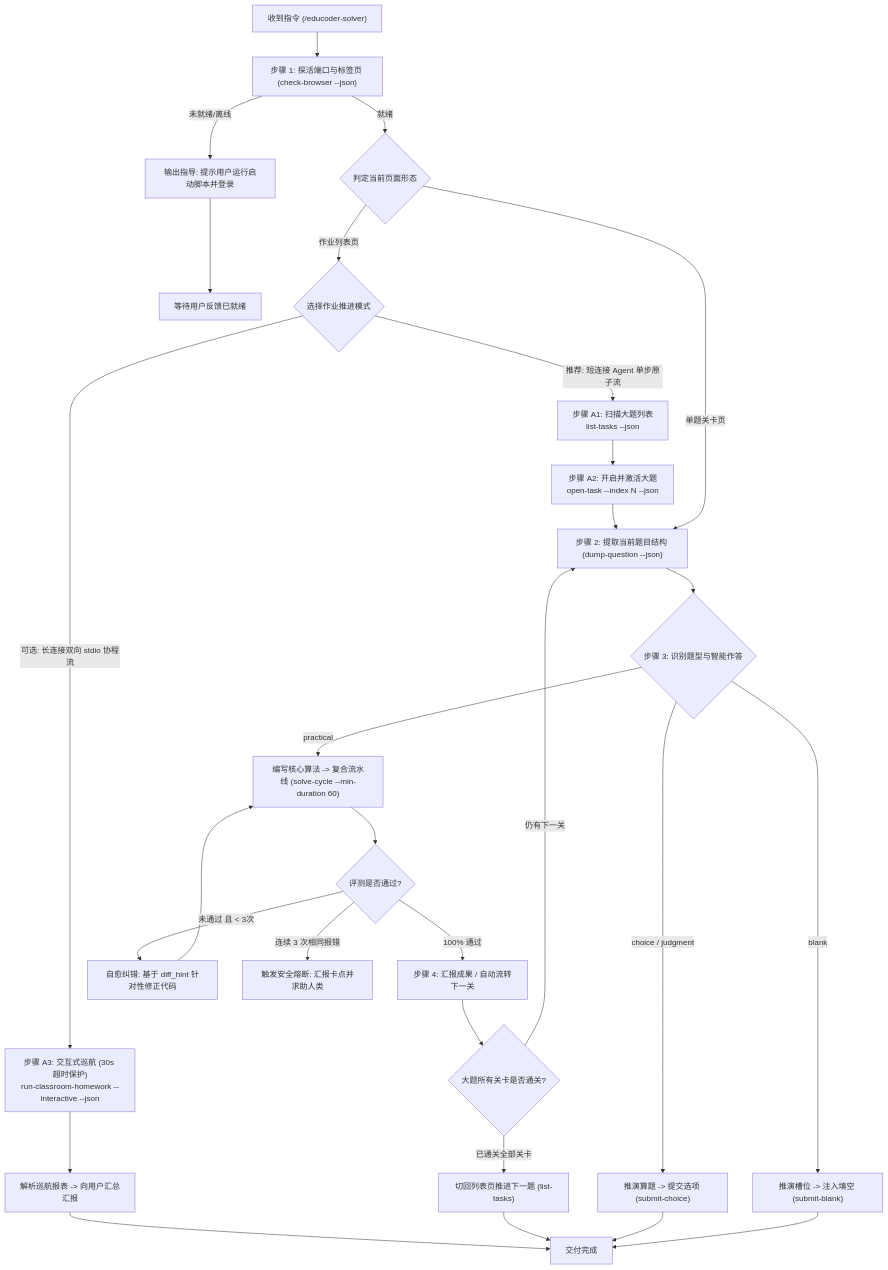
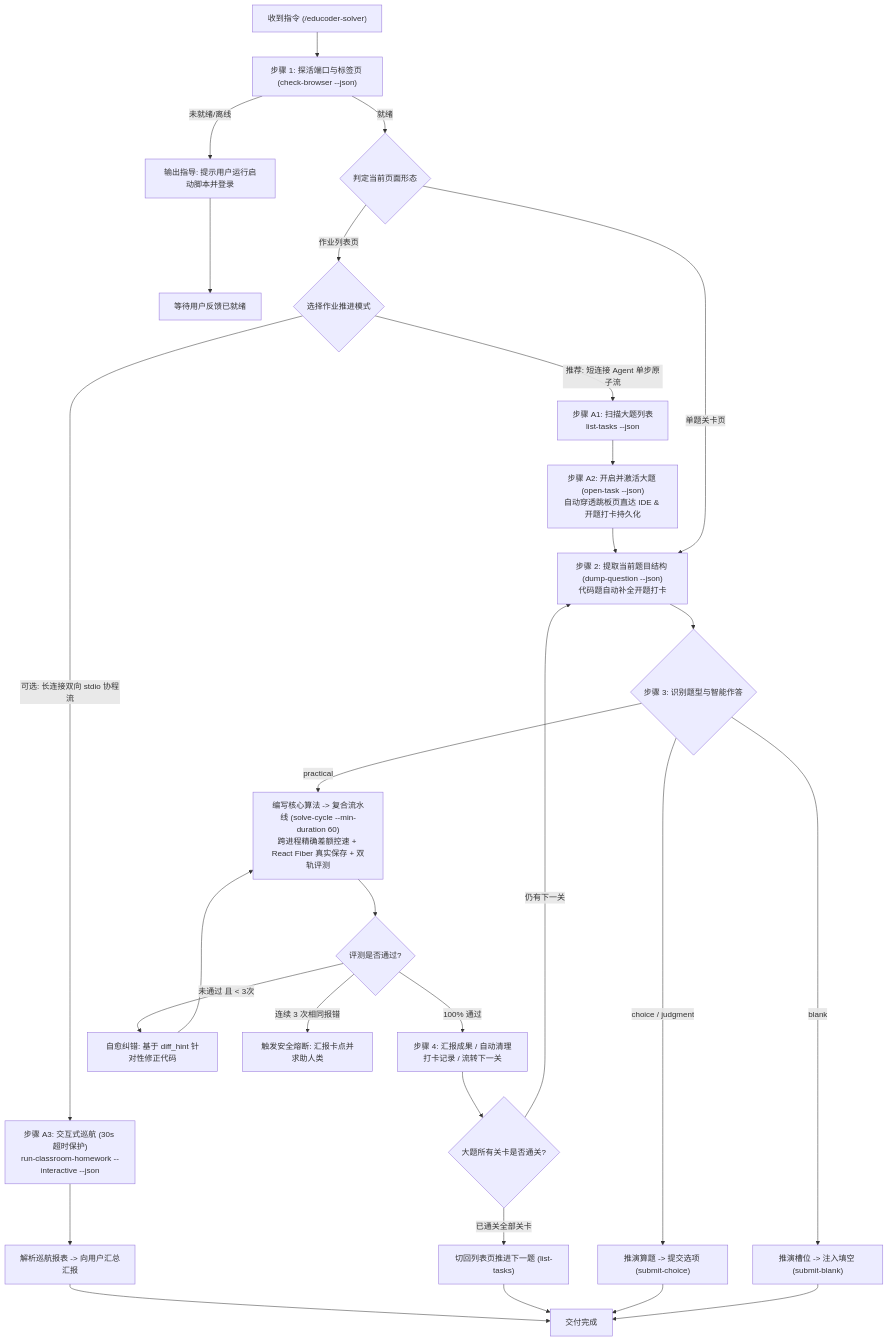
The diagram in .agents/skills/educoder-solver/SKILL.md (woachy/educoder-solver), drawn with Mermaid before and after one commit. The commit also changed other lines of this file and 17 other files, not shown here.

Commit message:
feat(v4.0.0): pacing persistence, react fiber save, springboard penetration, and multi-platform sync

````diff
--- a/.agents/skills/educoder-solver/SKILL.md
+++ b/.agents/skills/educoder-solver/SKILL.md
@@ -27,38 +28,38 @@
 ```mermaid
 flowchart TD
     Start["收到指令 (/educoder-solver)"] --> Check["步骤 1: 探活端口与标签页 (check-browser --json)"]
     Check -->|未就绪/离线| GuideUser["输出指导: 提示用户运行启动脚本并登录"]
     GuideUser --> EndWait["等待用户反馈已就绪"]
     Check -->|就绪| Detect{"判定当前页面形态"}
     
     %% 路径 A: 课堂作业列表
     Detect -->|作业列表页| BranchA{"选择作业推进模式"}
     BranchA -->|推荐: 短连接 Agent 单步原子流| ScanList["步骤 A1: 扫描大题列表<br>list-tasks --json"]
-    ScanList --> OpenTask["步骤 A2: 开启并激活大题<br>open-task --index N --json"]
+    ScanList --> OpenTask["步骤 A2: 开启并激活大题 (open-task --json)<br>自动穿透跳板页直达 IDE & 开题打卡持久化"]
     OpenTask --> Dump
     
     BranchA -->|可选: 长连接双向 stdio 协程流| Cruise["步骤 A3: 交互式巡航 (30s 超时保护)<br>run-classroom-homework --interactive --json"]
     Cruise --> CruiseReport["解析巡航报表 -> 向用户汇总汇报"]
     CruiseReport --> Done["交付完成"]
 
     %% 路径 B: 单题目关卡
-    Detect -->|单题关卡页| Dump["步骤 2: 提取当前题目结构 (dump-question --json)"]
+    Detect -->|单题关卡页| Dump["步骤 2: 提取当前题目结构 (dump-question --json)<br>代码题自动补全开题打卡"]
     Dump --> Branch{"步骤 3: 识别题型与智能作答"}
     
     Branch -->|choice / judgment| SolveChoice["推演算题 -> 提交选项 (submit-choice)"]
     Branch -->|blank| SolveBlank["推演槽位 -> 注入填空 (submit-blank)"]
-    Branch -->|practical| SolveCode["编写核心算法 -> 复合流水线 (solve-cycle --min-duration 60)"]
+    Branch -->|practical| SolveCode["编写核心算法 -> 复合流水线 (solve-cycle --min-duration 60)<br>跨进程精确差额控速 + React Fiber 真实保存 + 双轨评测"]
     
     SolveCode --> EvalCheck{"评测是否通过?"}
-    EvalCheck -->|100% 通过| DoneReport["步骤 4: 汇报成果 / 自动流转下一关"]
+    EvalCheck -->|100% 通过| DoneReport["步骤 4: 汇报成果 / 自动清理打卡记录 / 流转下一关"]
     DoneReport --> LoopNext{"大题所有关卡是否通关?"}
     LoopNext -->|已通关全部关卡| BackList["切回列表页推进下一题 (list-tasks)"]
     BackList --> Done
     LoopNext -->|仍有下一关| Dump
     
     EvalCheck -->|未通过 且 < 3次| SelfHeal["自愈纠错: 基于 diff_hint 针对性修正代码"]
     SelfHeal --> SolveCode
     EvalCheck -->|连续 3 次相同报错| CircuitBreak["触发安全熔断: 汇报卡点并求助人类"]
     SolveChoice --> Done
     SolveBlank --> Done
 ```
````
